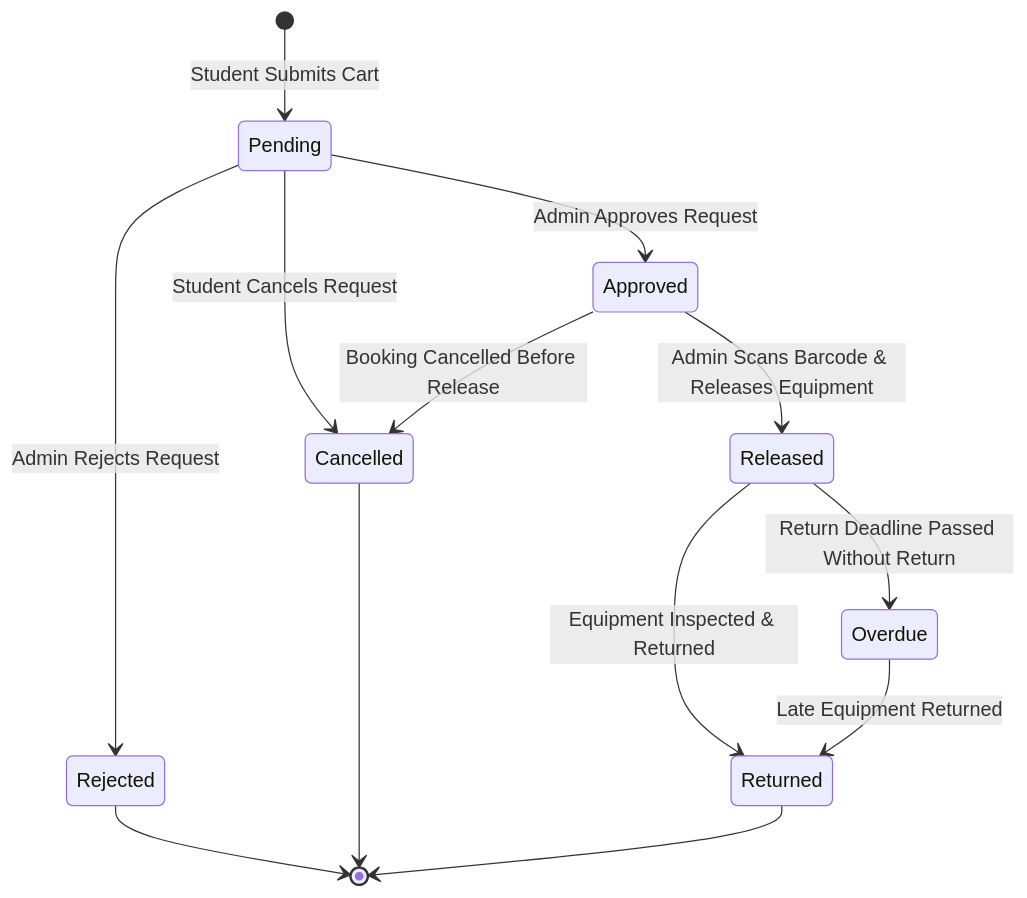
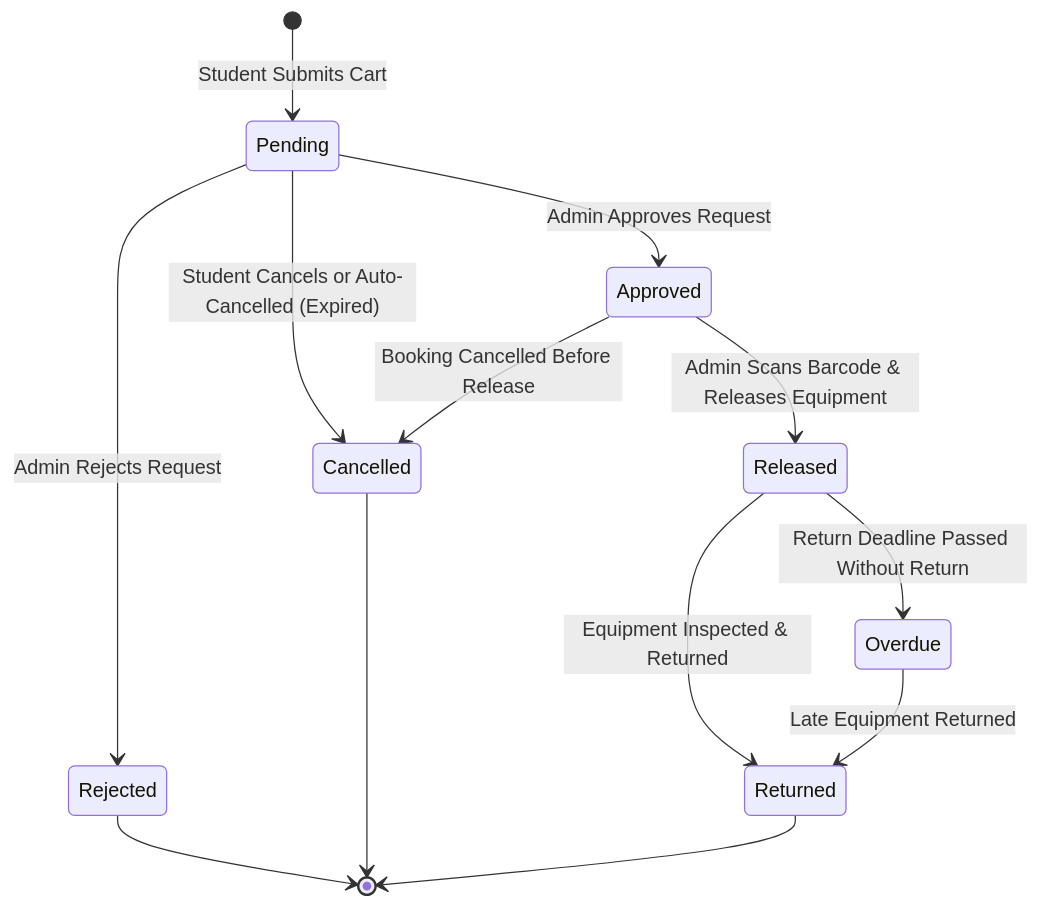
The diagram in docs/workflows/borrowing-lifecycle.md (zamuwelle/broadtrack), drawn with Mermaid before and after one commit. The commit also changed other lines of this file and 17 other files, not shown here.

Commit message:
fix(booking): resolve expired request lifecycle, calendar graying, and timezone consistency

````diff
--- a/docs/workflows/borrowing-lifecycle.md
+++ b/docs/workflows/borrowing-lifecycle.md
@@ -9,20 +9,20 @@
 ```mermaid
 stateDiagram-v2
     [*] --> Pending: Student Submits Cart
 
     Pending --> Approved: Admin Approves Request
     Pending --> Rejected: Admin Rejects Request
-    Pending --> Cancelled: Student Cancels Request
+    Pending --> Cancelled: Student Cancels or Auto-Cancelled (Expired)
 
     Approved --> Released: Admin Scans Barcode & Releases Equipment
     Approved --> Cancelled: Booking Cancelled Before Release
 
     Released --> Returned: Equipment Inspected & Returned
     Released --> Overdue: Return Deadline Passed Without Return
 
     Overdue --> Returned: Late Equipment Returned
 
     Rejected --> [*]
     Cancelled --> [*]
     Returned --> [*]
 ```
````
